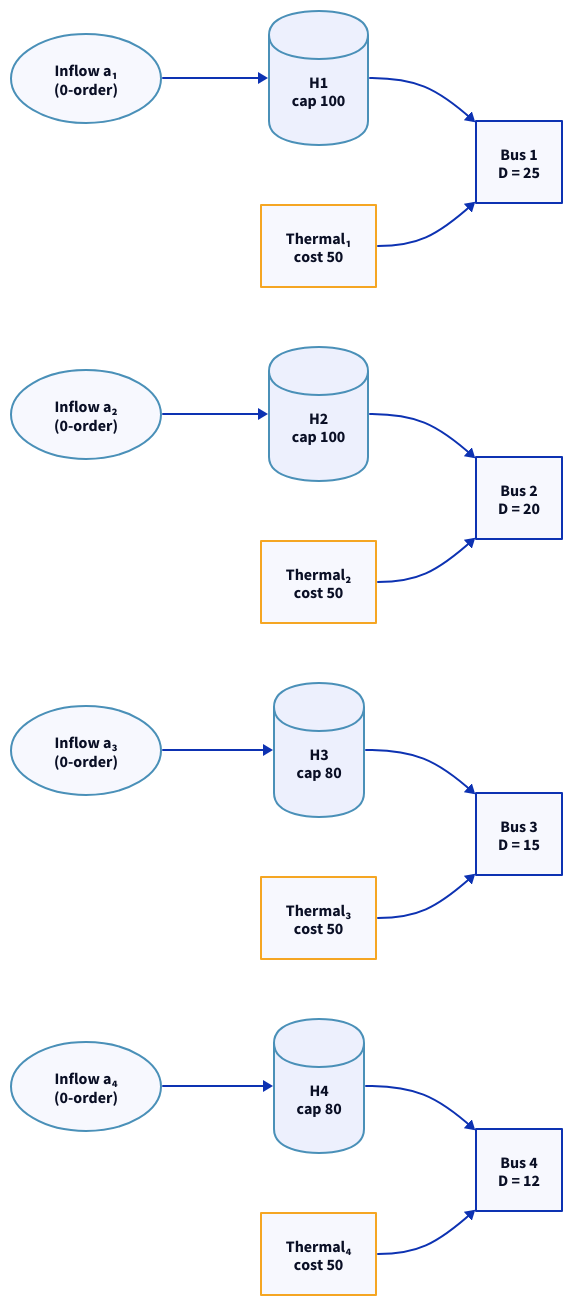
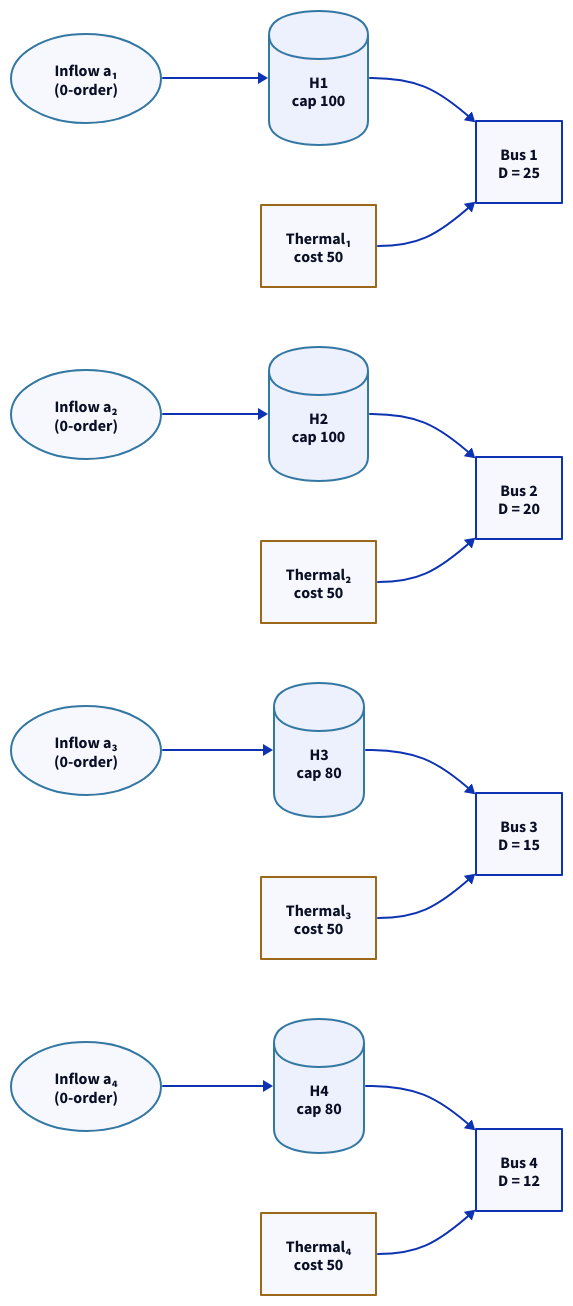
One commit to ons-ccee-epe/novomodelo-docs changed the diagram in src/content/docs/examples/toy-four-reservoir.mdx. Above: the diagram before and after it, drawn with D2. The commit also changed 31 other files, not shown here.

First line of the commit message:
feat(ui): give diagrams, charts, entities and asides the element palette

````diff
--- a/src/content/docs/examples/toy-four-reservoir.mdx
+++ b/src/content/docs/examples/toy-four-reservoir.mdx
@@ -54,34 +54,34 @@
 ```d2
 direction: right
 
 classes: {
-  hydro: {style: {stroke: "#4a90b8"}}
-  thermal: {style: {stroke: "#f5a623"}}
+  hydro: {style: {stroke: "#3378a3"}}
+  thermal: {style: {stroke: "#9b6719"}}
 }
 
 a1: "Inflow a₁\n(0-order)" {shape: oval; class: hydro}
 a2: "Inflow a₂\n(0-order)" {shape: oval; class: hydro}
 a3: "Inflow a₃\n(0-order)" {shape: oval; class: hydro}
 a4: "Inflow a₄\n(0-order)" {shape: oval; class: hydro}
 h1: "H1\ncap 100" {shape: cylinder; class: hydro}
 h2: "H2\ncap 100" {shape: cylinder; class: hydro}
 h3: "H3\ncap 80" {shape: cylinder; class: hydro}
 h4: "H4\ncap 80" {shape: cylinder; class: hydro}
 b1: "Bus 1\nD = 25"
 b2: "Bus 2\nD = 20"
 b3: "Bus 3\nD = 15"
 b4: "Bus 4\nD = 12"
 t1: "Thermal₁\ncost 50" {class: thermal}
 t2: "Thermal₂\ncost 50" {class: thermal}
 t3: "Thermal₃\ncost 50" {class: thermal}
 t4: "Thermal₄\ncost 50" {class: thermal}
 
 a1 -> h1 -> b1
 a2 -> h2 -> b2
 a3 -> h3 -> b3
 a4 -> h4 -> b4
 t1 -> b1
 t2 -> b2
 t3 -> b3
 t4 -> b4
 ```
````
